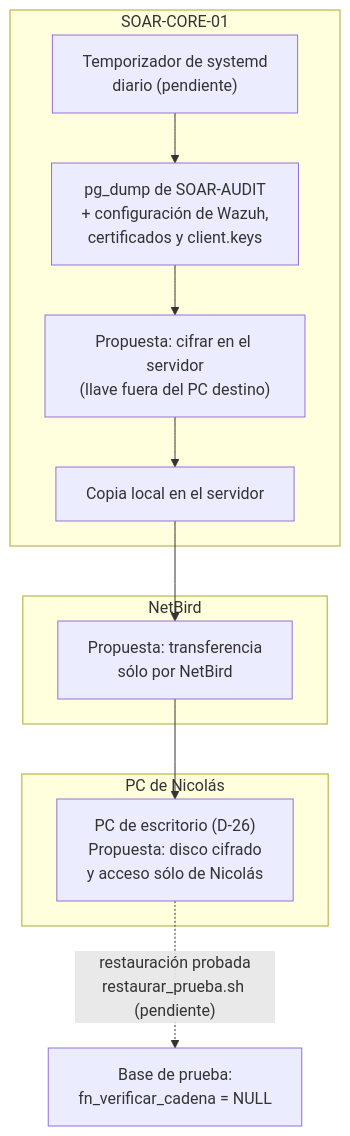
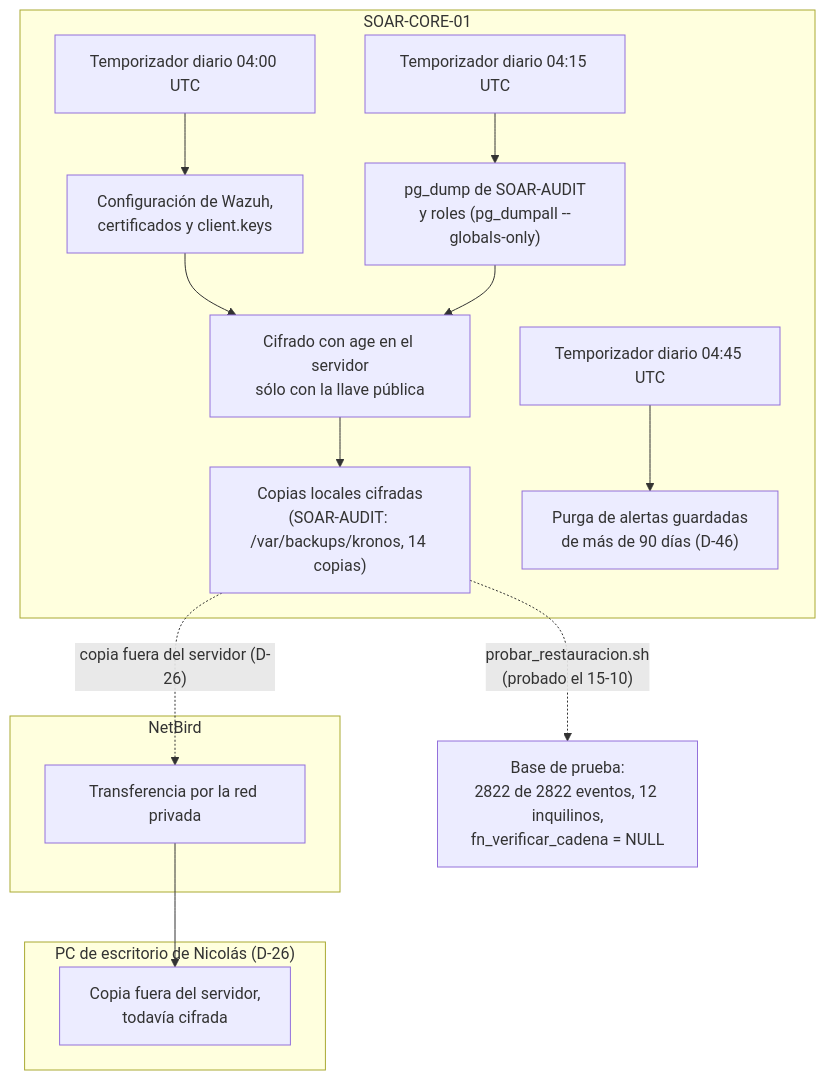
The diagram in docs/diagramas/19_respaldo.mmd (soaria186/kronos-ai), drawn with Mermaid before and after one commit. The commit also changed 28 other files, not shown here.

First line of the commit message:
docs(diagramas): al día con la v1.0 y el replanteamiento PyME

```diff
--- a/docs/diagramas/19_respaldo.mmd
+++ b/docs/diagramas/19_respaldo.mmd
@@ -1,14 +1,17 @@
 flowchart TB
     subgraph CORE["SOAR-CORE-01"]
-        T["Temporizador de systemd<br/>diario (pendiente)"] --> D["pg_dump de SOAR-AUDIT<br/>+ configuración de Wazuh,<br/>certificados y client.keys"]
-        D --> C["Propuesta: cifrar en el servidor<br/>(llave fuera del PC destino)"]
-        C --> L["Copia local en el servidor"]
+        TW["Temporizador diario 04:00 UTC"] --> W["Configuración de Wazuh,<br/>certificados y client.keys"]
+        TP["Temporizador diario 04:15 UTC"] --> D["pg_dump de SOAR-AUDIT<br/>y roles (pg_dumpall --globals-only)"]
+        W --> C["Cifrado con age en el servidor<br/>sólo con la llave pública"]
+        D --> C
+        C --> L["Copias locales cifradas<br/>(SOAR-AUDIT: /var/backups/kronos, 14 copias)"]
+        TR["Temporizador diario 04:45 UTC"] --> R["Purga de alertas guardadas<br/>de más de 90 días (D-46)"]
     end
     subgraph NB["NetBird"]
-        X["Propuesta: transferencia<br/>sólo por NetBird"]
+        X["Transferencia por la red privada"]
     end
-    subgraph PCN["PC de Nicolás"]
-        DC["PC de escritorio (D-26)<br/>Propuesta: disco cifrado<br/>y acceso sólo de Nicolás"]
+    subgraph PCN["PC de escritorio de Nicolás (D-26)"]
+        DC["Copia fuera del servidor,<br/>todavía cifrada"]
     end
-    L --> X --> DC
-    DC -. "restauración probada<br/>restaurar_prueba.sh (pendiente)" .-> V["Base de prueba:<br/>fn_verificar_cadena = NULL"]
+    L -. "copia fuera del servidor (D-26)" .-> X --> DC
+    L -. "probar_restauracion.sh<br/>(probado el 15-10)" .-> V["Base de prueba:<br/>2822 de 2822 eventos, 12 inquilinos,<br/>fn_verificar_cadena = NULL"]
```
